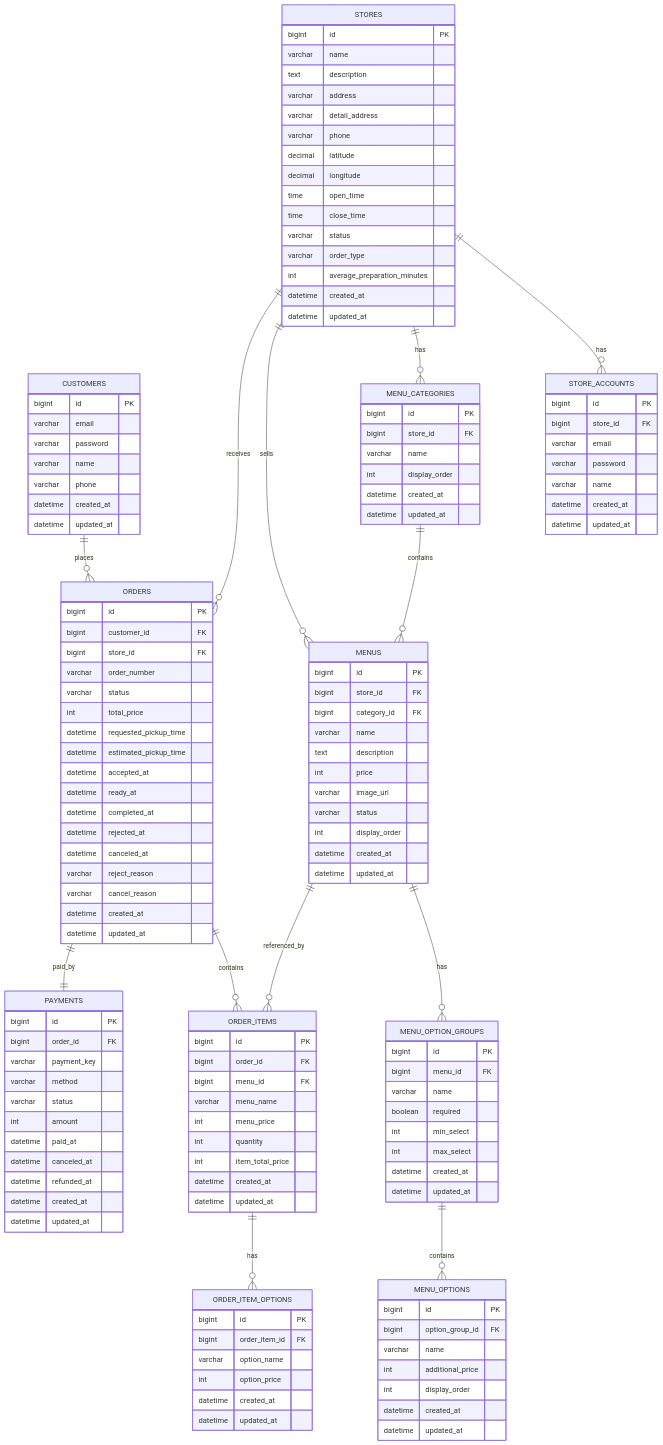
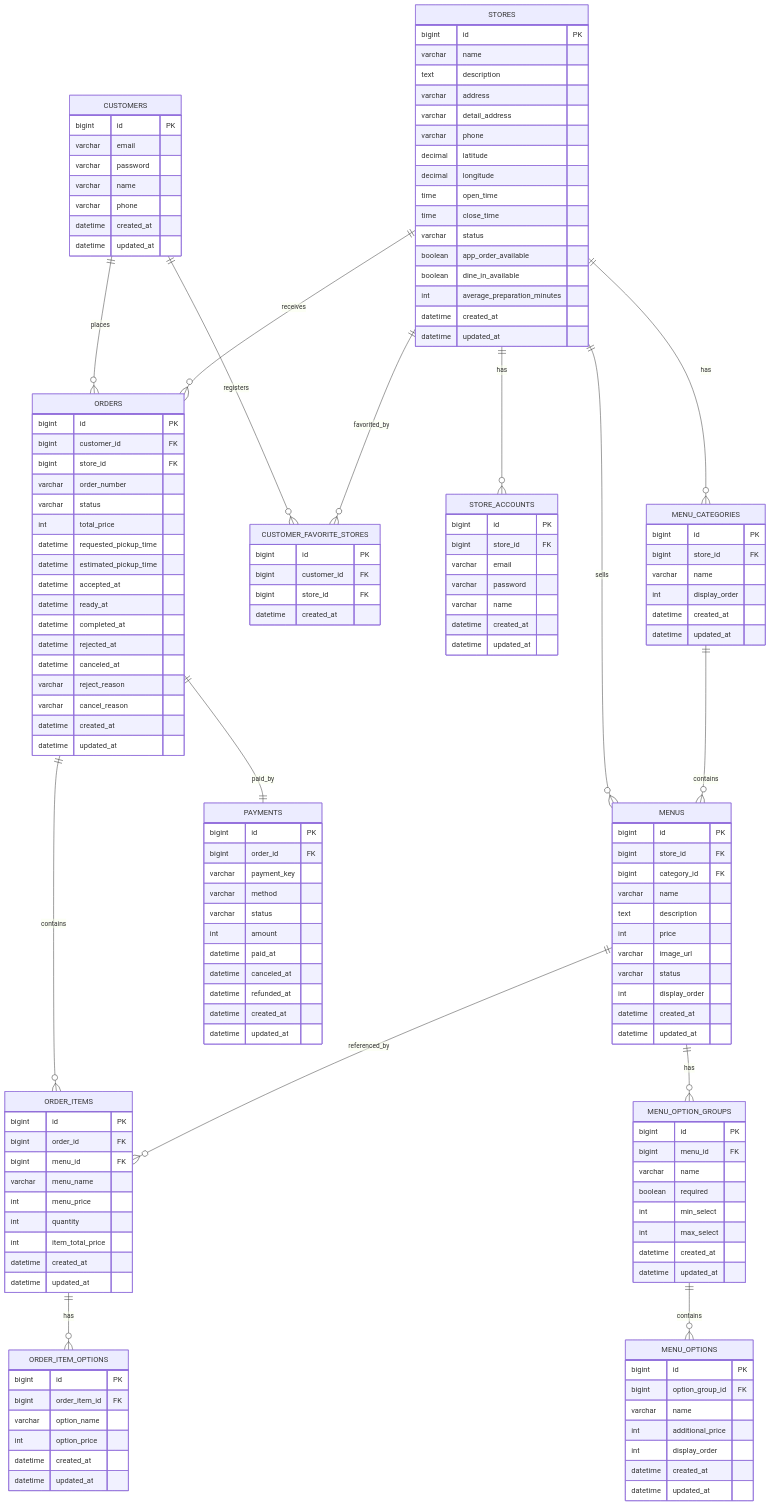
The diagram in README.md (tmdgus0245/cafe-pickup-order-BE), drawn with Mermaid before and after one commit. The commit also changed other lines of this file and 4 other files, not shown here.

Commit message:
feat: add customer favorite stores

````diff
--- a/README.md
+++ b/README.md
@@ -226,7 +228,9 @@
 ```mermaid
 erDiagram
     CUSTOMERS ||--o{ ORDERS : places
+    CUSTOMERS ||--o{ CUSTOMER_FAVORITE_STORES : registers
     STORES ||--o{ STORE_ACCOUNTS : has
+    STORES ||--o{ CUSTOMER_FAVORITE_STORES : favorited_by
     STORES ||--o{ MENU_CATEGORIES : has
     STORES ||--o{ MENUS : sells
     STORES ||--o{ ORDERS : receives
@@ -260,10 +264,18 @@
         time open_time
         time close_time
         varchar status
-        varchar order_type
+        boolean app_order_available
+        boolean dine_in_available
         int average_preparation_minutes
         datetime created_at
         datetime updated_at
+    }
+
+    CUSTOMER_FAVORITE_STORES {
+        bigint id PK
+        bigint customer_id FK
+        bigint store_id FK
+        datetime created_at
     }
 
     STORE_ACCOUNTS {
````
